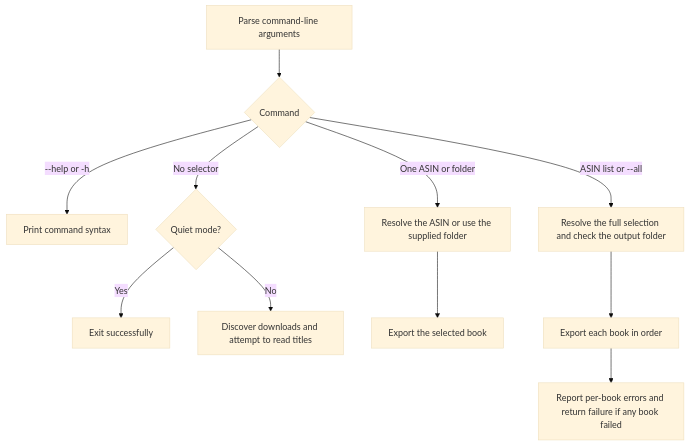
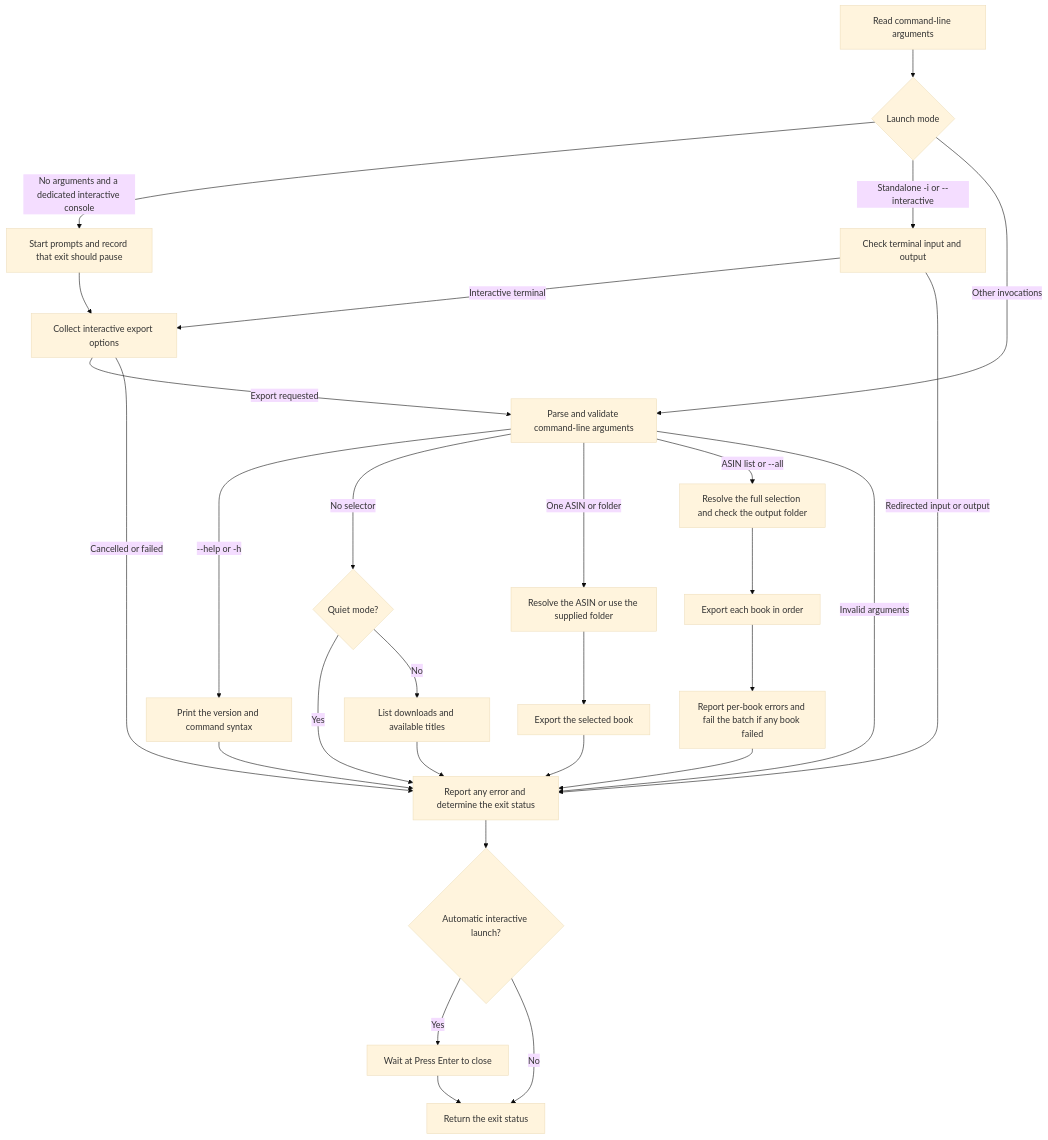
One commit to NeedsCoffee/kindle-stripper changed the first of 5 diagrams in docs/code-flow.md. Above: the diagram before and after it, drawn with Mermaid (base theme). The commit also changed other lines of this file and 13 other files, not shown here.

````diff
--- a/docs/code-flow.md
+++ b/docs/code-flow.md
@@ -7,13 +7,30 @@
 ```mermaid
 flowchart TD
-    Start["Parse command-line arguments"] --> Mode{"Command"}
-    Mode -->|"--help or -h"| Help["Print command syntax"]
-    Mode -->|"No selector"| Quiet{"Quiet mode?"}
-    Quiet -->|"Yes"| Done["Exit successfully"]
-    Quiet -->|"No"| List["Discover downloads and attempt to read titles"]
-    Mode -->|"One ASIN or folder"| Select["Resolve the ASIN or use the supplied folder"]
-    Mode -->|"ASIN list or --all"| Batch["Resolve the full selection and check the output folder"]
+    Start["Read command-line arguments"] --> Launch{"Launch mode"}
+    Launch -->|"No arguments and a dedicated interactive console"| Auto["Start prompts and record that exit should pause"]
+    Launch -->|"Standalone -i or --interactive"| Explicit["Check terminal input and output"]
+    Launch -->|"Other invocations"| Parse["Parse and validate command-line arguments"]
+    Auto --> Prompts["Collect interactive export options"]
+    Explicit -->|"Interactive terminal"| Prompts
+    Explicit -->|"Redirected input or output"| Result["Report any error and determine the exit status"]
+    Prompts -->|"Export requested"| Parse
+    Prompts -->|"Cancelled or failed"| Result
+    Parse -->|"--help or -h"| Help["Print the version and command syntax"]
+    Parse -->|"No selector"| Quiet{"Quiet mode?"}
+    Quiet -->|"Yes"| Result
+    Quiet -->|"No"| List["List downloads and available titles"]
+    Parse -->|"One ASIN or folder"| Select["Resolve the ASIN or use the supplied folder"]
+    Parse -->|"ASIN list or --all"| Batch["Resolve the full selection and check the output folder"]
+    Parse -->|"Invalid arguments"| Result
     Select --> Export["Export the selected book"]
     Batch --> Loop["Export each book in order"]
-    Loop --> Status["Report per-book errors and return failure if any book failed"]
+    Loop --> Status["Report per-book errors and fail the batch if any book failed"]
+    Help --> Result
+    List --> Result
+    Export --> Result
+    Status --> Result
+    Result --> Pause{"Automatic interactive launch?"}
+    Pause -->|"Yes"| Wait["Wait at Press Enter to close"]
+    Pause -->|"No"| Exit["Return the exit status"]
+    Wait --> Exit
 ```
````
